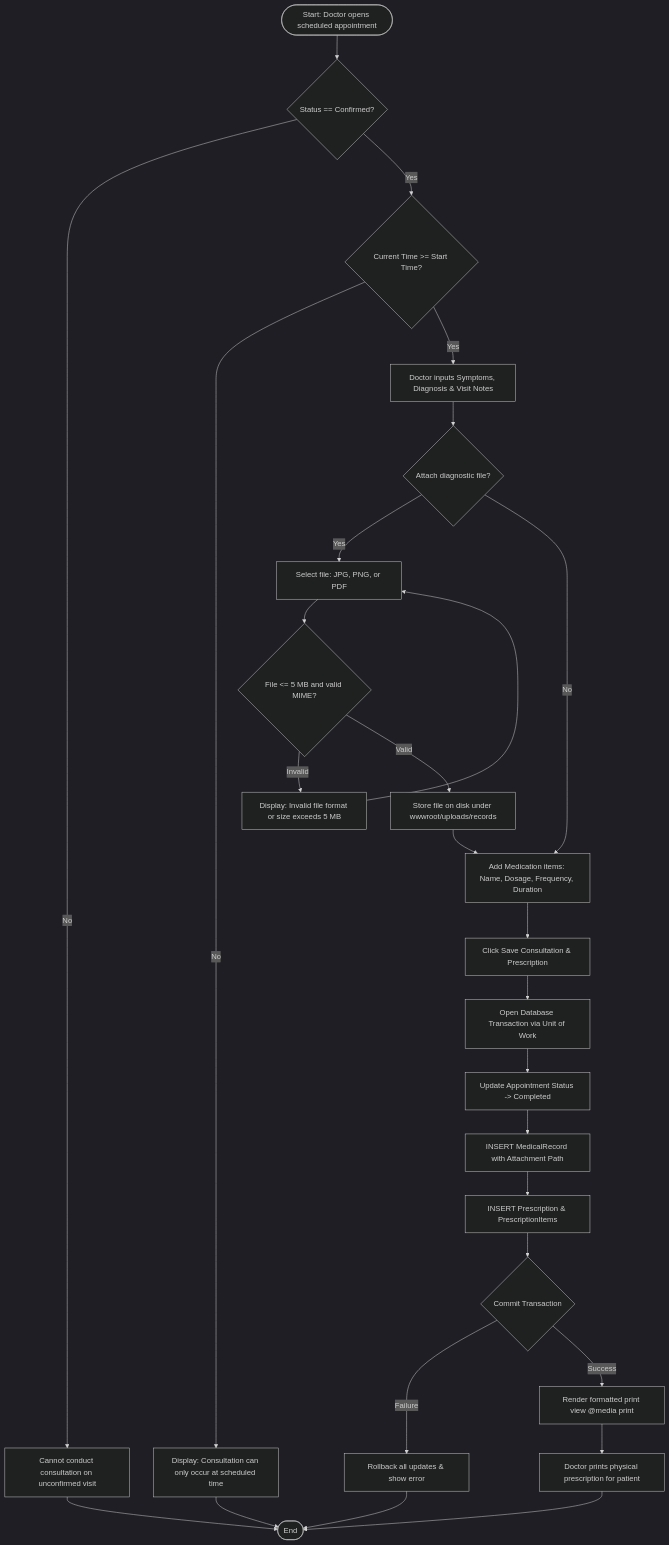
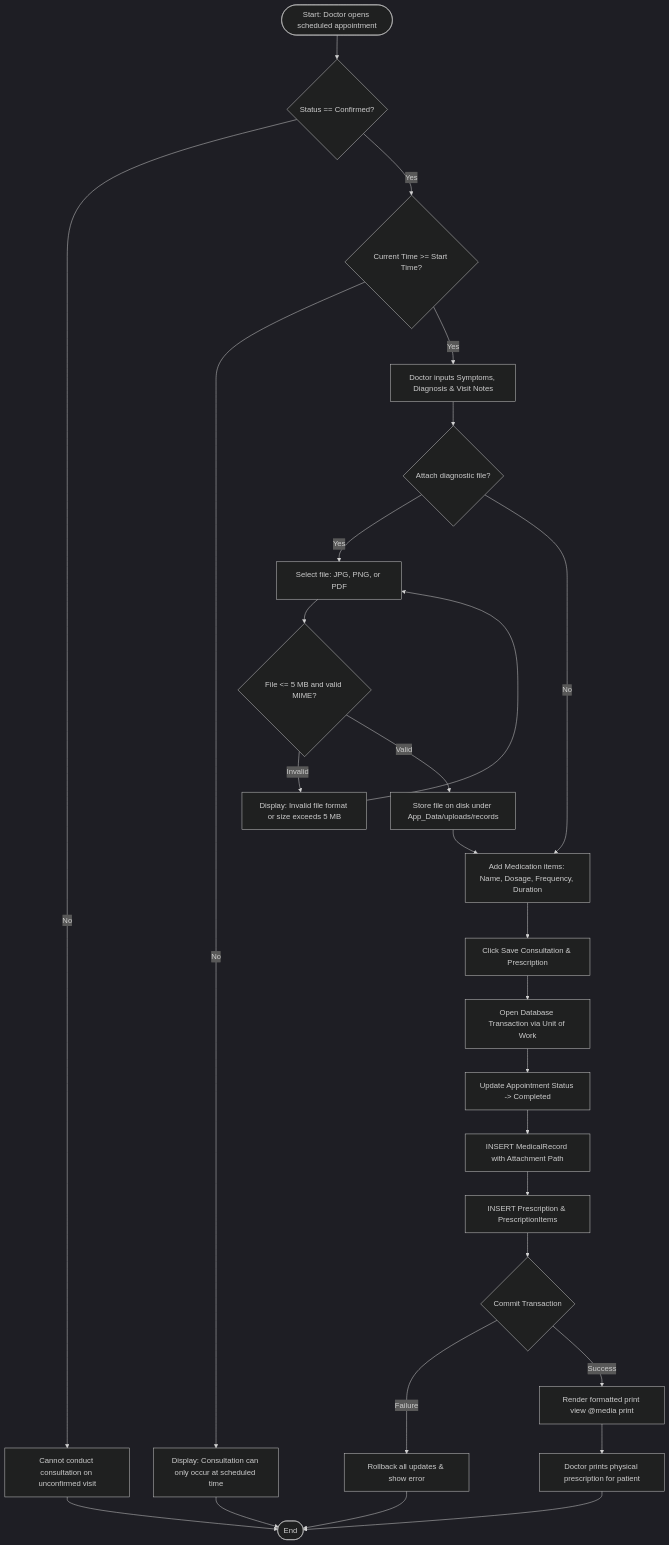
Before and after one commit to foxelhadad812-design/MediCare: the second of 3 diagrams in docs/04-design/behavior/activity-diagrams.md, drawn with Mermaid (dark theme). The commit also changed 61 other files, not shown here.

````diff
--- a/docs/04-design/behavior/activity-diagrams.md
+++ b/docs/04-design/behavior/activity-diagrams.md
@@ -52,38 +52,38 @@
 ```mermaid
 flowchart TD
     StartEncounter([Start: Doctor opens scheduled appointment]) --> CheckStatus{"Status == Confirmed?"}
     
     CheckStatus -- No --> Abort[Cannot conduct consultation on unconfirmed visit]
     Abort --> EndEncounter([End])
     
     CheckStatus -- Yes --> CheckTime{"Current Time >= Start Time?"}
     CheckTime -- No --> TooEarly[Display: Consultation can only occur at scheduled time]
     TooEarly --> EndEncounter
     
     CheckTime -- Yes --> EnterNotes[Doctor inputs Symptoms, Diagnosis & Visit Notes]
     EnterNotes --> AttachReport{"Attach diagnostic file?"}
     
     AttachReport -- Yes --> SelectFile[Select file: JPG, PNG, or PDF]
     SelectFile --> ValFile{"File <= 5 MB and valid MIME?"}
     ValFile -- Invalid --> FileErr[Display: Invalid file format or size exceeds 5 MB]
     FileErr --> SelectFile
-    ValFile -- Valid --> UploadDisk[Store file on disk under wwwroot/uploads/records]
+    ValFile -- Valid --> UploadDisk[Store file on disk under App_Data/uploads/records]
     UploadDisk --> PrescribeMed
     
     AttachReport -- No --> PrescribeMed[Add Medication items: Name, Dosage, Frequency, Duration]
     
     PrescribeMed --> SaveEncounter[Click Save Consultation & Prescription]
     SaveEncounter --> AtomicTx[Open Database Transaction via Unit of Work]
     
     AtomicTx --> Step1[Update Appointment Status -> Completed]
     Step1 --> Step2[INSERT MedicalRecord with Attachment Path]
     Step2 --> Step3[INSERT Prescription & PrescriptionItems]
     Step3 --> CommitTx{"Commit Transaction"}
     
     CommitTx -- Failure --> Rollback[Rollback all updates & show error]
     Rollback --> EndEncounter
     
     CommitTx -- Success --> PrintPreview[Render formatted print view @media print]
     PrintPreview --> PrintDoc[Doctor prints physical prescription for patient]
     PrintDoc --> EndEncounter
 ```
````
